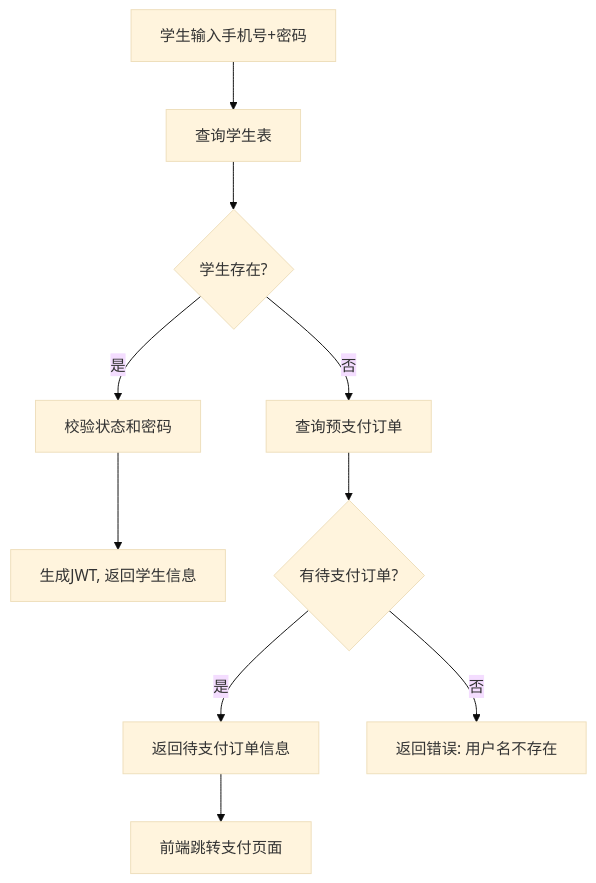
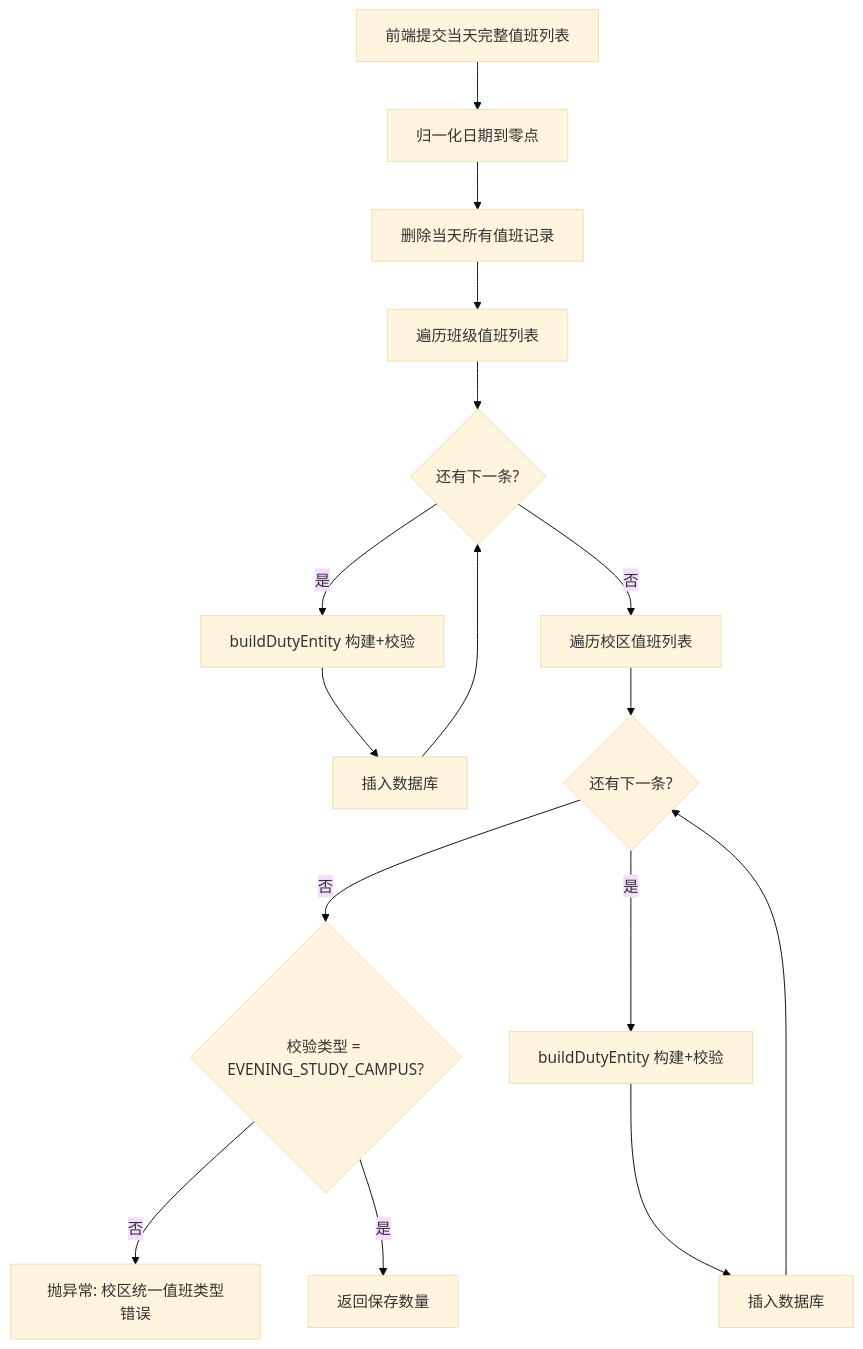
Diagram 27 of 59 in docs/tutorial.md (Smithhss/YanQue-Admin), drawn with Mermaid (base theme) before and after one commit. The commit also changed other lines of this file and 4 other files, not shown here.

First line of the commit message:
docs: 完善教程文档第 10-20 章 - 补充详细流程图和注释

````diff
--- a/docs/tutorial.md
+++ b/docs/tutorial.md
@@ -5120,13 +5329,21 @@
 ```mermaid
 flowchart TD
-    A[学生输入手机号+密码] --> B[查询学生表]
-    B --> C{学生存在?}
-    C -- 是 --> D[校验状态和密码]
-    D --> E[生成JWT, 返回学生信息]
-    C -- 否 --> F[查询预支付订单]
+    A[前端提交当天完整值班列表] --> B[归一化日期到零点]
+    B --> C[删除当天所有值班记录]
+    C --> D[遍历班级值班列表]
 
-    F --> G{有待支付订单?}
-    G -- 是 --> H[返回待支付订单信息]
-    H --> I[前端跳转支付页面]
-    G -- 否 --> J[返回错误: 用户名不存在]
+    D --> E{还有下一条?}
+    E -- 否 --> F[遍历校区值班列表]
+    E -- 是 --> G[buildDutyEntity 构建+校验]
+    G --> H[插入数据库]
+    H --> E
+
+    F --> I{还有下一条?}
+    I -- 否 --> J{校验类型 = EVENING_STUDY_CAMPUS?}
+    I -- 是 --> K[buildDutyEntity 构建+校验]
+    K --> L[插入数据库]
+    L --> I
+
+    J -- 否 --> M[抛异常: 校区统一值班类型错误]
+    J -- 是 --> N[返回保存数量]
 ```
````
